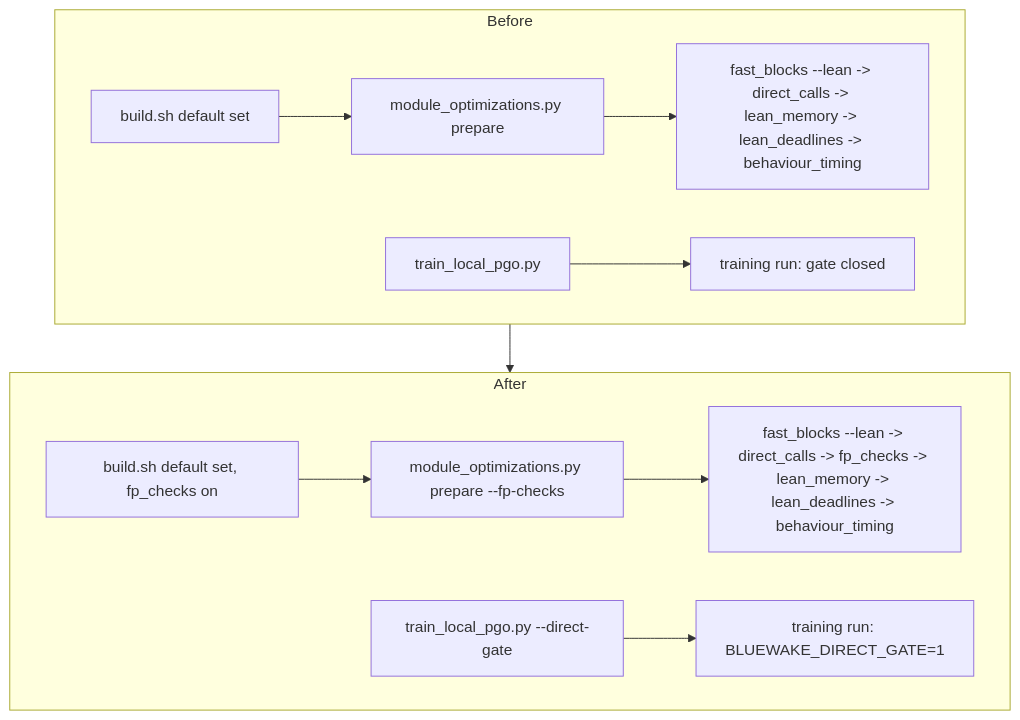
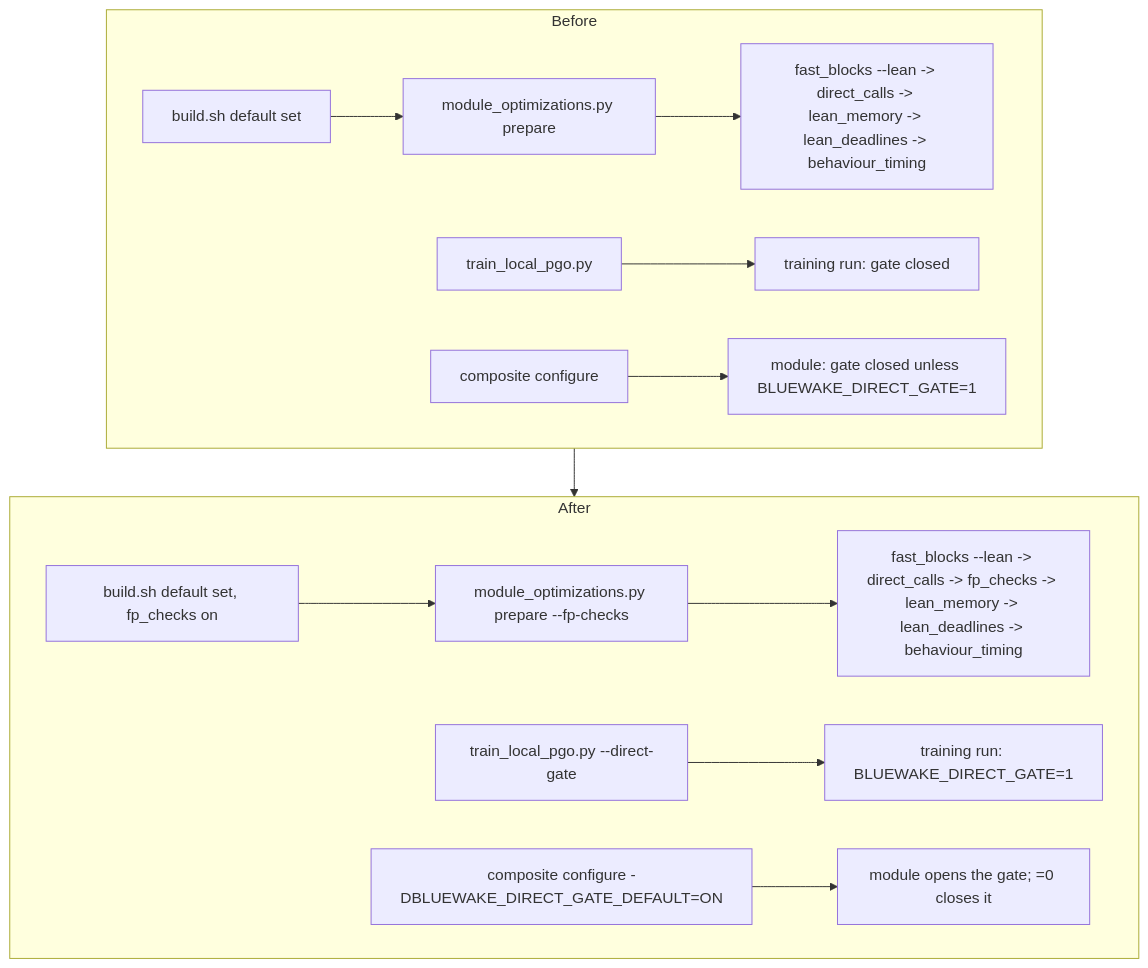
Before and after one commit to chrissotraidis/bluewake: the diagram in docs/planning/2026-11-04-apple_gate_fp_checks/TECH_PLAN.md, drawn with Mermaid. The commit also changed other lines of this file and 7 other files, not shown here.

First line of the commit message:
Apple builder: the direct-call gate on by default (#552)

````diff
--- a/docs/planning/2026-11-04-apple_gate_fp_checks/TECH_PLAN.md
+++ b/docs/planning/2026-11-04-apple_gate_fp_checks/TECH_PLAN.md
@@ -7,14 +7,16 @@
 ```mermaid
 flowchart TB
     subgraph Before
       B1[build.sh default set] --> B2[module_optimizations.py prepare]
       B2 --> B3[fast_blocks --lean -> direct_calls -> lean_memory -> lean_deadlines -> behaviour_timing]
       B4[train_local_pgo.py] --> B5[training run: gate closed]
+      B6[composite configure] --> B7[module: gate closed unless BLUEWAKE_DIRECT_GATE=1]
     end
     subgraph After
       A1[build.sh default set, fp_checks on] --> A2[module_optimizations.py prepare --fp-checks]
       A2 --> A3[fast_blocks --lean -> direct_calls -> fp_checks -> lean_memory -> lean_deadlines -> behaviour_timing]
       A4[train_local_pgo.py --direct-gate] --> A5[training run: BLUEWAKE_DIRECT_GATE=1]
+      A6[composite configure -DBLUEWAKE_DIRECT_GATE_DEFAULT=ON] --> A7[module opens the gate; =0 closes it]
     end
     Before --> After
 ```
````
